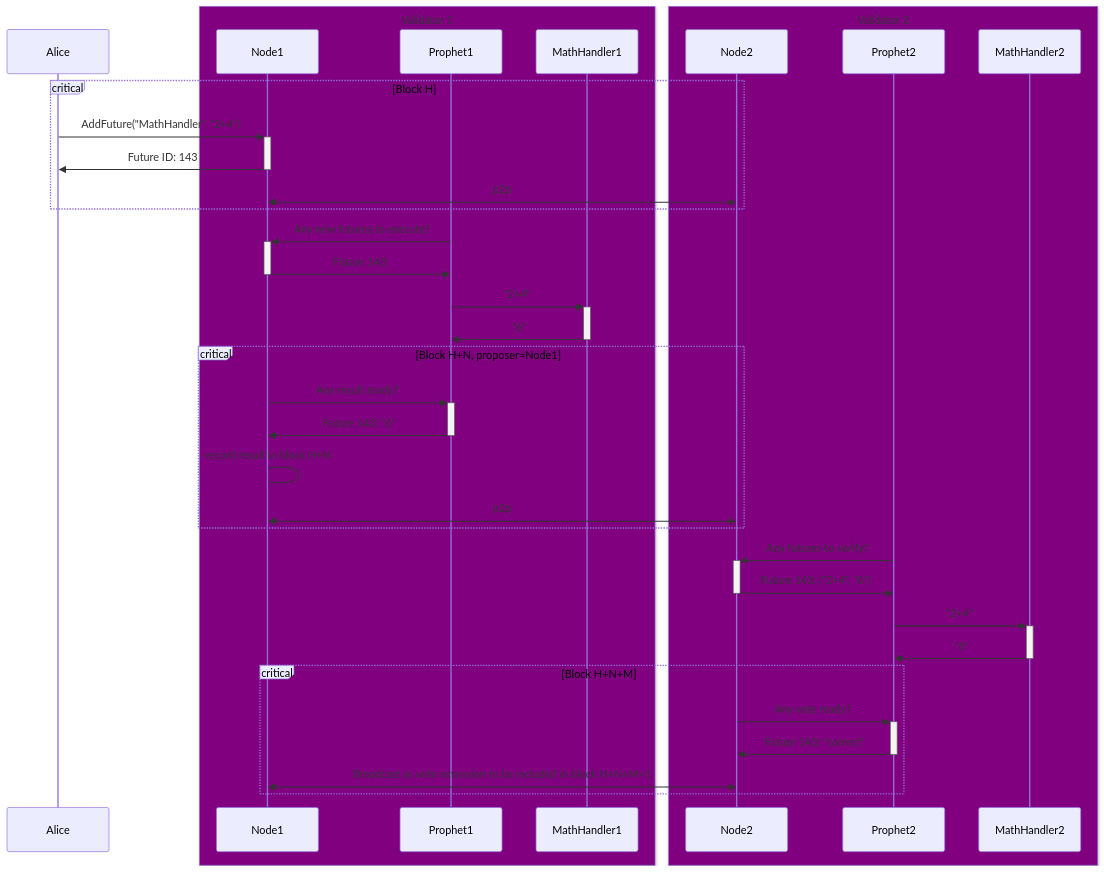
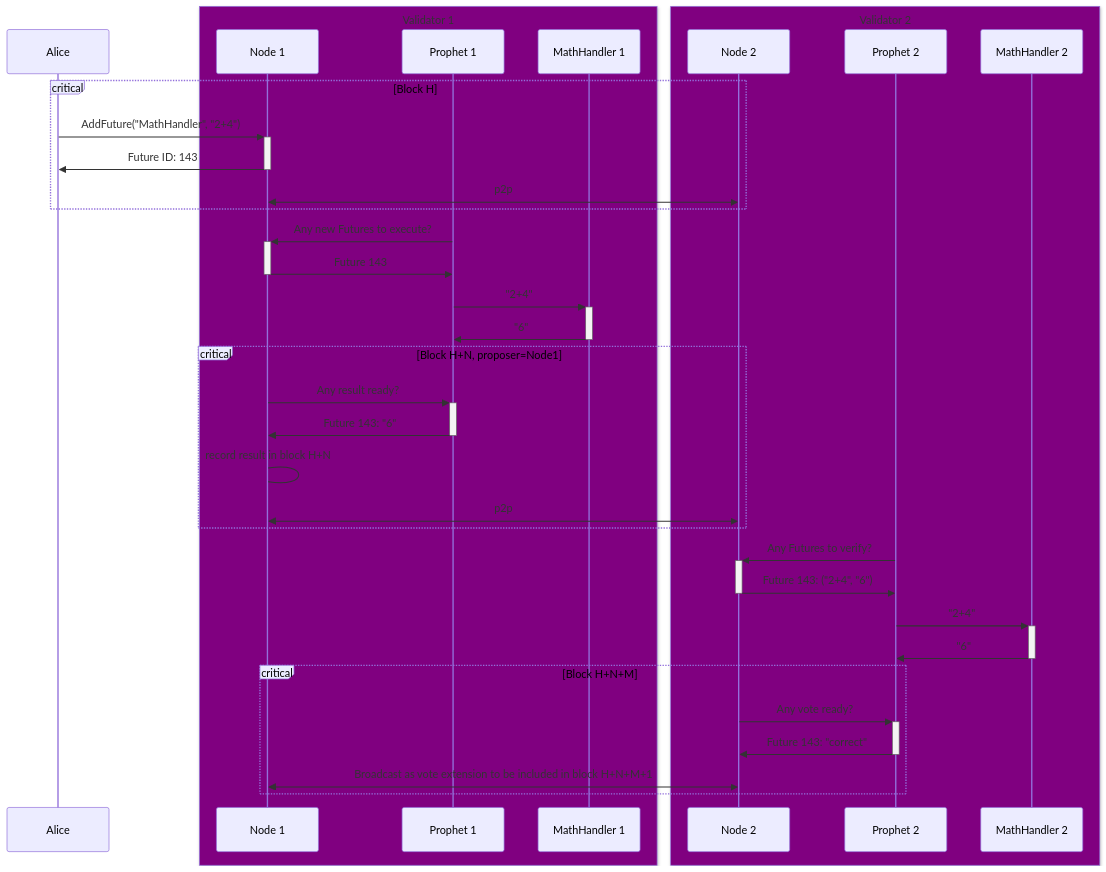
Before and after one commit to warden-protocol/wardenprotocol: the diagram in docs/developer-docs/docs/learn/warden-protocol-modules/x-async.md, drawn with Mermaid. The commit also changed other lines of this file, not shown here.

Commit message:
continues editing the x/async article

````diff
--- a/docs/developer-docs/docs/learn/warden-protocol-modules/x-async.md
+++ b/docs/developer-docs/docs/learn/warden-protocol-modules/x-async.md
@@ -85,45 +96,45 @@
 ```mermaid
 sequenceDiagram
     participant Alice
     box Purple Validator 1
-        participant Node1
-        participant Prophet1
-        participant MathHandler1
+        participant Node 1
+        participant Prophet 1
+        participant MathHandler 1
     end
     box Purple Validator 2
-        participant Node2
-        participant Prophet2
-        participant MathHandler2
+        participant Node 2
+        participant Prophet 2
+        participant MathHandler 2
     end
 
 
         critical Block H
-        Alice->>+Node1: AddFuture("MathHandler", "2+4")
-      Node1->>-Alice: Future ID: 143
-      Node1<<->>Node2: p2p
+        Alice->>+Node 1: AddFuture("MathHandler", "2+4")
+      Node 1->>-Alice: Future ID: 143
+      Node 1<<->>Node 2: p2p
     end
     
     
-    Prophet1->>+Node1: Any new futures to execute?
-    Node1->>-Prophet1: Future 143
-    Prophet1->>+MathHandler1: "2+4"
-    MathHandler1->>-Prophet1: "6"
+    Prophet 1->>+Node 1: Any new Futures to execute?
+    Node 1->>-Prophet 1: Future 143
+    Prophet 1->>+MathHandler 1: "2+4"
+    MathHandler 1->>-Prophet 1: "6"
     
         critical Block H+N, proposer=Node1
-          Node1->>+Prophet1: Any result ready?
-          Prophet1->>-Node1: Future 143: "6"
-          Node1->Node1: record result in block H+N
-          Node1<<->>Node2: p2p
+          Node 1->>+Prophet 1: Any result ready?
+          Prophet 1->>-Node 1: Future 143: "6"
+          Node 1->Node 1: record result in block H+N
+          Node 1<<->>Node 2: p2p
         end
 
-    Prophet2->>+Node2: Any futures to verify?
-    Node2->>-Prophet2: Future 143: ("2+4", "6")
-    Prophet2->>+MathHandler2: "2+4"
-    MathHandler2->>-Prophet2: "6"
+    Prophet 2->>+Node 2: Any Futures to verify?
+    Node 2->>-Prophet 2: Future 143: ("2+4", "6")
+    Prophet 2->>+MathHandler 2: "2+4"
+    MathHandler 2->>-Prophet 2: "6"
 
         critical Block H+N+M
-          Node2->>+Prophet2: Any vote ready?
-          Prophet2->>-Node2: Future 143: "correct"
-          Node1<<->>Node2: Broadcast as vote extension to be included in block H+N+M+1
+          Node 2->>+Prophet 2: Any vote ready?
+          Prophet 2->>-Node 2: Future 143: "correct"
+          Node 1<<->>Node 2: Broadcast as vote extension to be included in block H+N+M+1
         end
 ```
````
